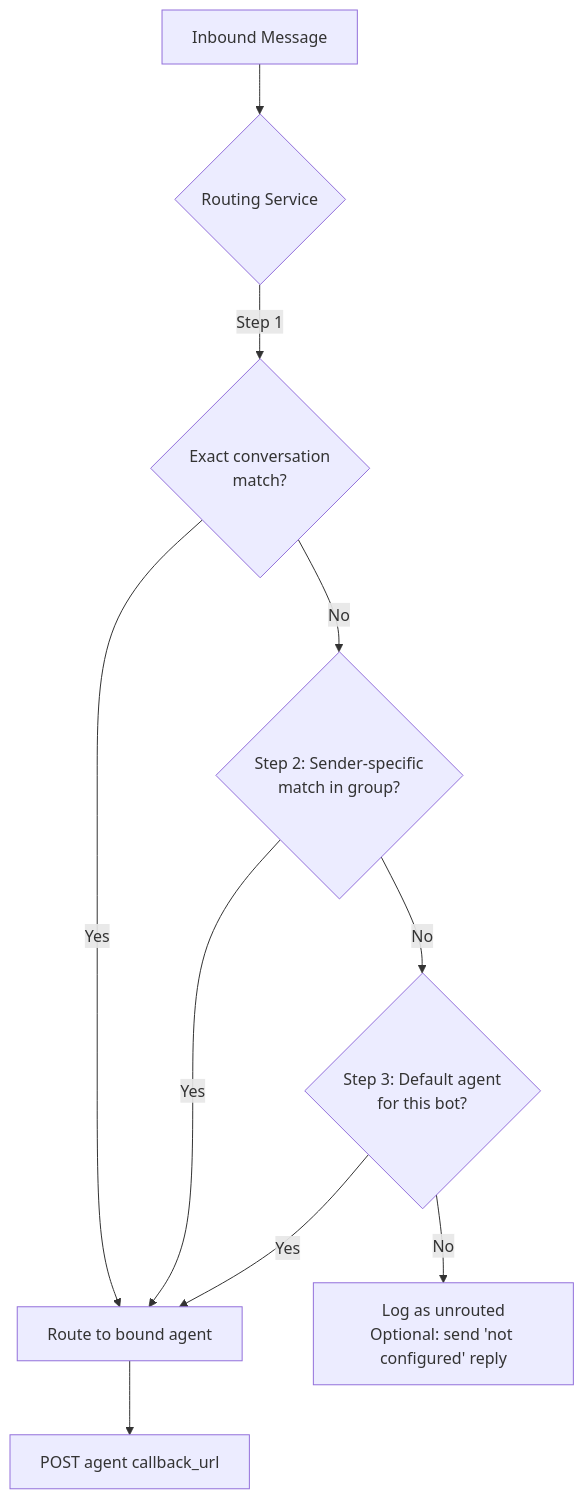
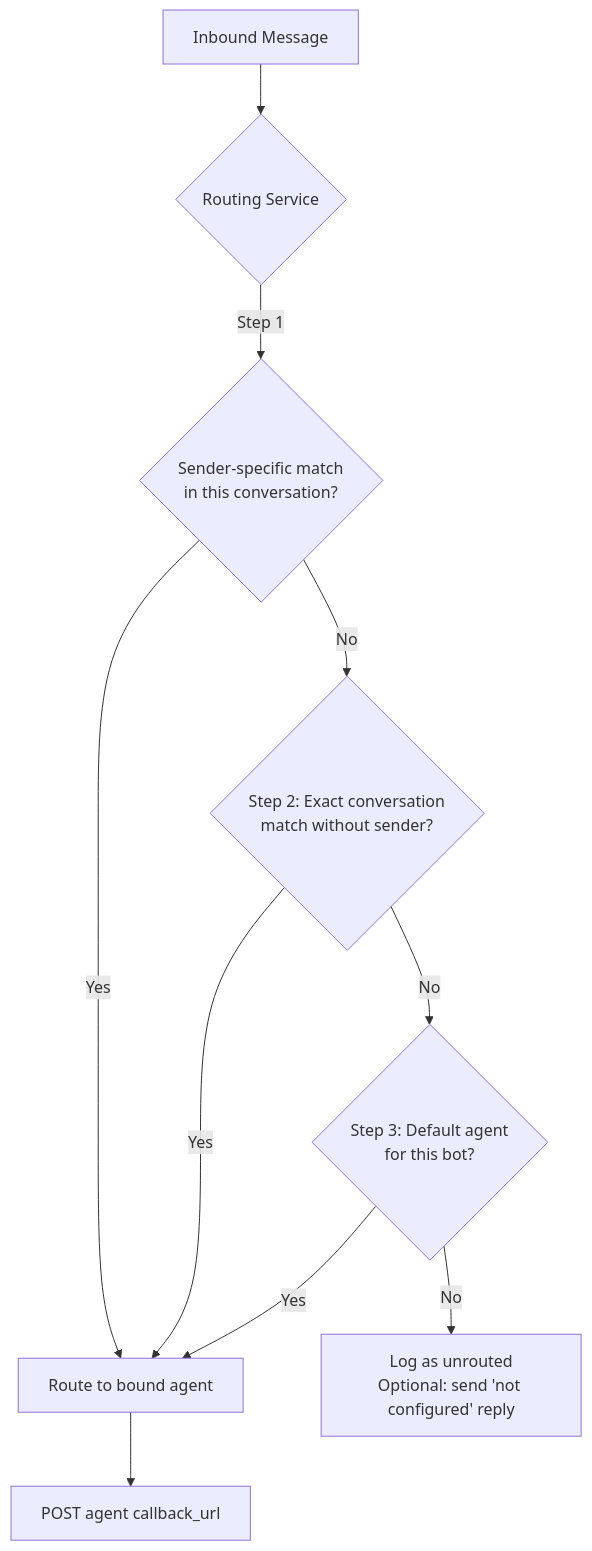
Before and after one commit to AbigailDeng/NyxID: the sixth of 17 diagrams in docs/CHANNEL_BOT_RELAY.md, drawn with Mermaid. The commit also changed other lines of this file and 37 other files, not shown here.

First line of the commit message:
fix(channels): honor native group mentions without participant OAuth (#1913)

````diff
--- a/docs/CHANNEL_BOT_RELAY.md
+++ b/docs/CHANNEL_BOT_RELAY.md
@@ -466,14 +466,14 @@
 ```mermaid
 graph TD
     MSG[Inbound Message] --> R{Routing Service}
 
-    R -->|Step 1| EC{Exact conversation<br/>match?}
-    EC -->|Yes| AGENT[Route to bound agent]
-    EC -->|No| SS{Step 2: Sender-specific<br/>match in group?}
-    SS -->|Yes| AGENT
-    SS -->|No| DA{Step 3: Default agent<br/>for this bot?}
+    R -->|Step 1| SS{Sender-specific match<br/>in this conversation?}
+    SS -->|Yes| AGENT[Route to bound agent]
+    SS -->|No| EC{Step 2: Exact conversation<br/>match without sender?}
+    EC -->|Yes| AGENT
+    EC -->|No| DA{Step 3: Default agent<br/>for this bot?}
     DA -->|Yes| AGENT
     DA -->|No| UNROUTED[Log as unrouted<br/>Optional: send 'not configured' reply]
 
     AGENT --> CB[POST agent callback_url]
 ```
````
